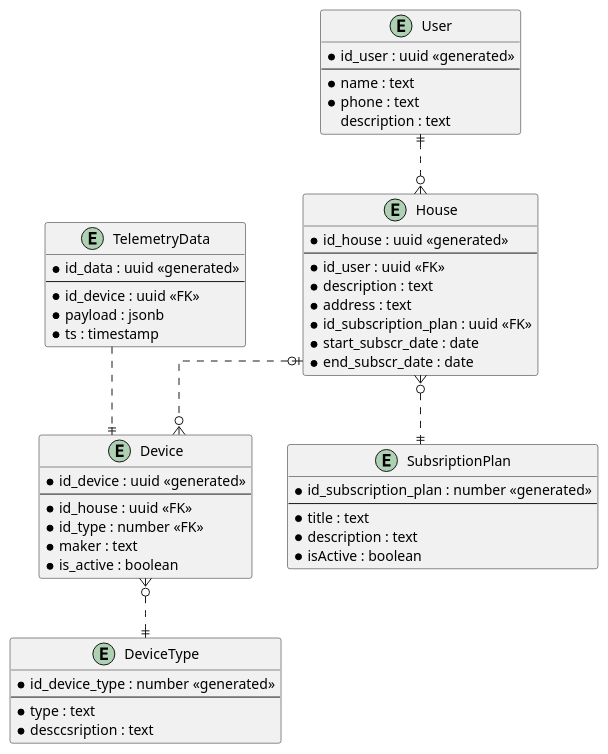
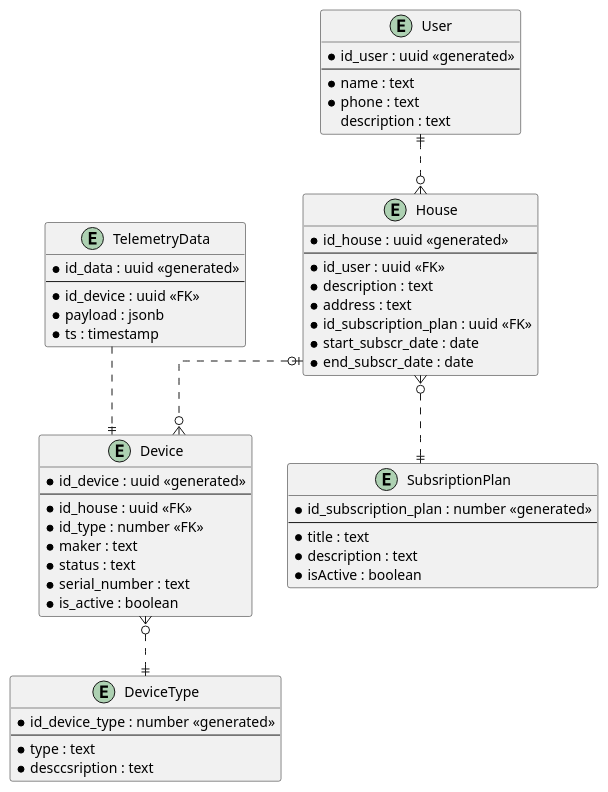
The diagram in docs/ex1_3/er.puml (tinyakovru/architecture-sprint-3), drawn with PlantUML before and after one commit.

Commit message:
задание 1.2 fix er.puml

```diff
--- a/docs/ex1_3/er.puml
+++ b/docs/ex1_3/er.puml
@@ -1,67 +1,69 @@
 @startuml
 
 ' hide the spot
 ' hide circle
 
 ' avoid problems with angled crows feet
 skinparam linetype ortho
 
 entity "User" as u {
   *id_user : uuid <<generated>>
   --
   *name : text
   *phone : text
   description : text
 }
 
 entity "House" as h {
   *id_house : uuid <<generated>>
   --
   *id_user : uuid <<FK>>
   *description : text
   *address : text
   *id_subscription_plan : uuid <<FK>>
   *start_subscr_date : date
   *end_subscr_date : date
 }
 
 entity "Device" as d {
   *id_device : uuid <<generated>>
   --
   *id_house : uuid <<FK>>
   *id_type : number <<FK>>
   *maker : text
+  *status : text
+  *serial_number : text
   *is_active : boolean
 }
 
 entity "DeviceType" {
   *id_device_type : number <<generated>>
   --
   *type : text
   *desccsription : text
 }
 
 entity "TelemetryData" as tdata {
   *id_data : uuid <<generated>>
   --
   *id_device : uuid <<FK>>
   *payload : jsonb
   *ts : timestamp
 }
 
 entity "SubsriptionPlan" as sub {
   *id_subscription_plan : number <<generated>>
   --
   *title : text
   *description : text
   *isActive : boolean
 }
 
 
 u ||..o{ h
 h |o..o{ d
 d }o..|| "DeviceType"
 h }o..|| sub
 tdata }O..|| d
 
 @enduml
```
